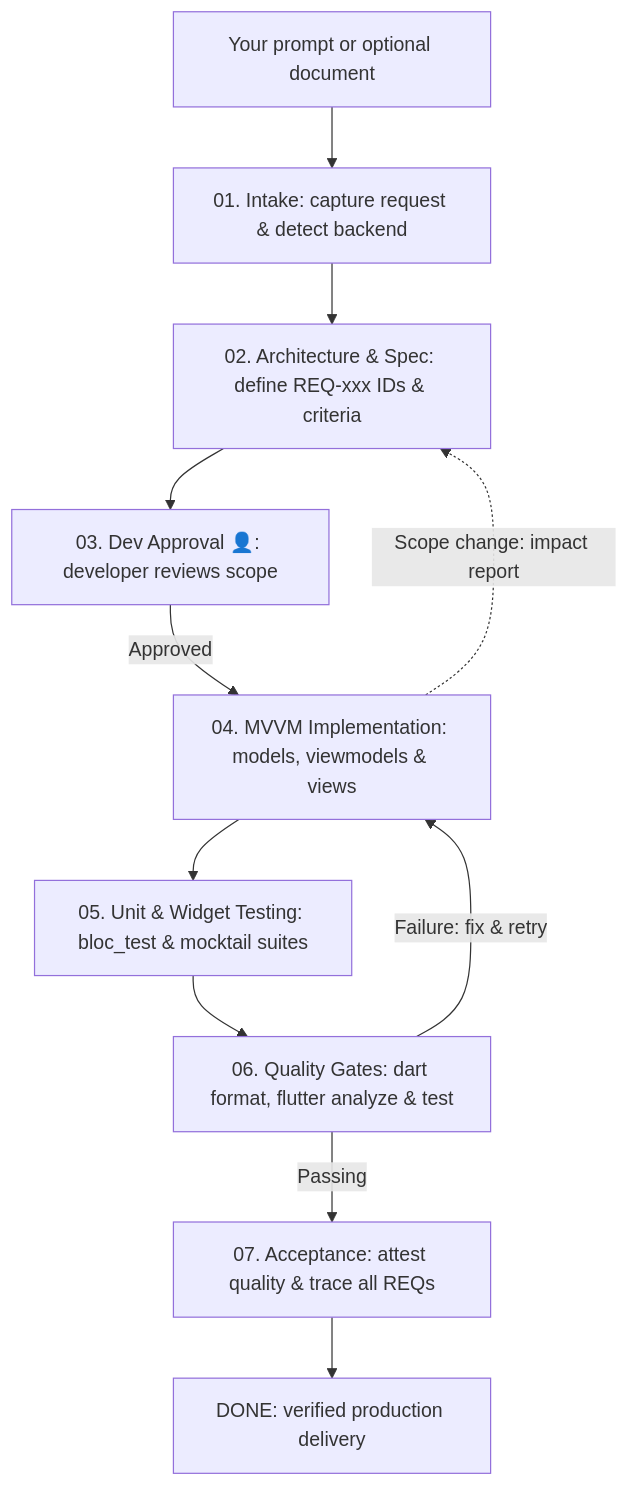
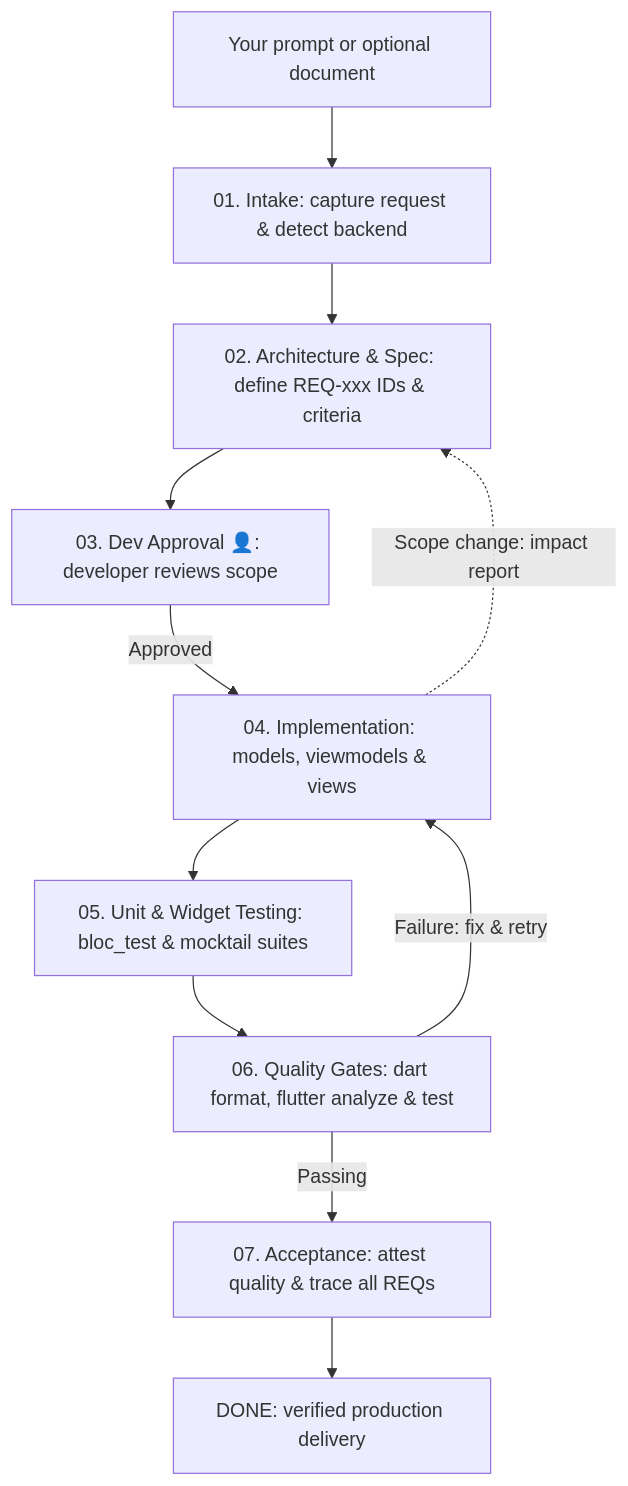
Before and after one commit to tadev999/flutter_crew: the diagram in README.md, drawn with Mermaid. The commit also changed other lines of this file and 16 other files, not shown here.

````diff
--- a/README.md
+++ b/README.md
@@ -181,13 +211,13 @@
 ```mermaid
 flowchart TD
     Request["Your prompt or optional document"] --> Intake["01. Intake: capture request & detect backend"]
     Intake --> Spec["02. Architecture & Spec: define REQ-xxx IDs & criteria"]
     Spec --> Approval["03. Dev Approval 👤: developer reviews scope"]
-    Approval -->|Approved| Build["04. MVVM Implementation: models, viewmodels & views"]
+    Approval -->|Approved| Build["04. Implementation: models, viewmodels & views"]
     Build --> Test["05. Unit & Widget Testing: bloc_test & mocktail suites"]
     Test --> Gates["06. Quality Gates: dart format, flutter analyze & test"]
     Gates -->|Failure: fix & retry| Build
     Gates -->|Passing| Accept["07. Acceptance: attest quality & trace all REQs"]
     Accept --> Done["DONE: verified production delivery"]
     Build -.->|Scope change: impact report| Spec
 ```
````
